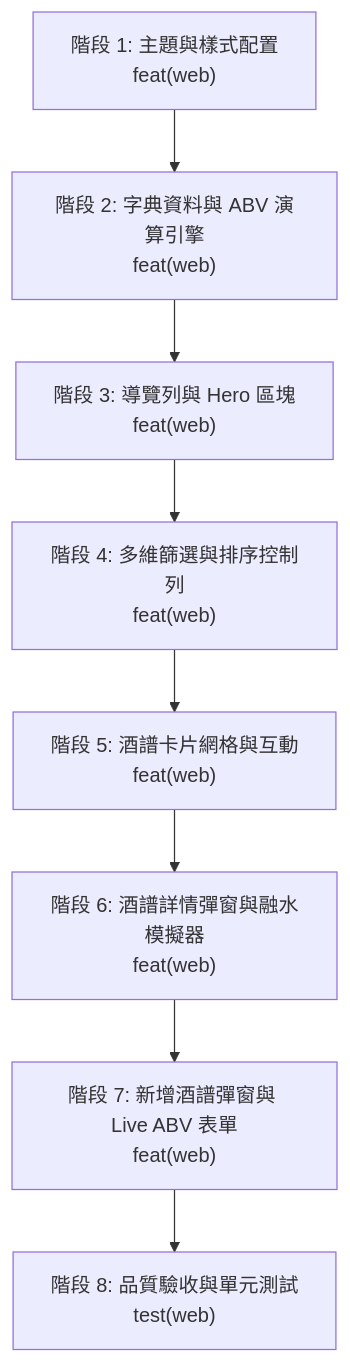
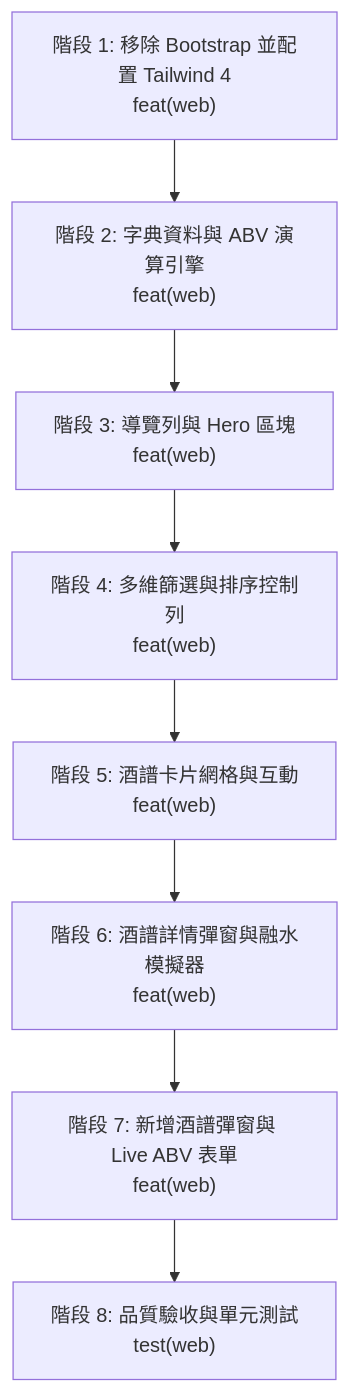
One commit to penspulse326/boozer-cannon changed the diagram in docs/ui-prototype-migration-plan.md. Above: the diagram before and after it, drawn with Mermaid. The commit also changed other lines of this file, not shown here.

Commit message:
docs: update ui prototype migration plan to use tailwind 4 instead of bootstrap

````diff
--- a/docs/ui-prototype-migration-plan.md
+++ b/docs/ui-prototype-migration-plan.md
@@ -30,10 +31,10 @@
 ```mermaid
 flowchart TD
-    S1["階段 1: 主題與樣式配置<br/>feat(web)"] --> S2["階段 2: 字典資料與 ABV 演算引擎<br/>feat(web)"]
+    S1["階段 1: 移除 Bootstrap 並配置 Tailwind 4<br/>feat(web)"] --> S2["階段 2: 字典資料與 ABV 演算引擎<br/>feat(web)"]
     S2 --> S3["階段 3: 導覽列與 Hero 區塊<br/>feat(web)"]
     S3 --> S4["階段 4: 多維篩選與排序控制列<br/>feat(web)"]
     S4 --> S5["階段 5: 酒譜卡片網格與互動<br/>feat(web)"]
     S5 --> S6["階段 6: 酒譜詳情彈窗與融水模擬器<br/>feat(web)"]
     S6 --> S7["階段 7: 新增酒譜彈窗與 Live ABV 表單<br/>feat(web)"]
     S7 --> S8["階段 8: 品質驗收與單元測試<br/>test(web)"]
 ```
````
